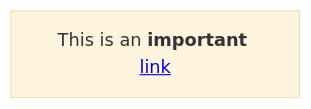
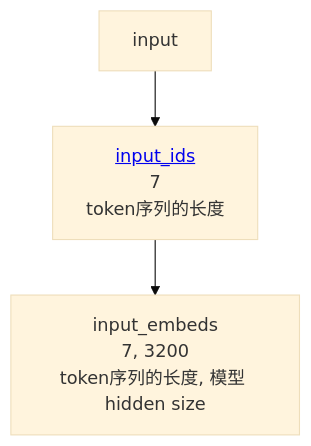
The diagram in cpu-pytorch/README.md (taowen/learn-llama), drawn with Mermaid (base theme) before and after one commit. The commit also changed 3 other files, not shown here.

````diff
--- a/cpu-pytorch/README.md
+++ b/cpu-pytorch/README.md
@@ -220,4 +220,7 @@
 ```mermaid
 graph TD;
-    A[This is an <b>important</b> <a href='https://google.com'>link</a>];
+input-->input_ids
+input_ids[<a href='run-without-batch/input_ids.txt'>input_ids</a><br/>7<br/>token序列的长度]
+input_ids-->input_embeds
+input_embeds[input_embeds<br/>7, 3200<br/>token序列的长度, 模型 hidden size]
 ```
````
